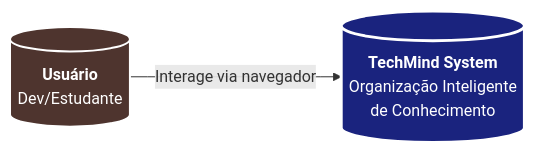
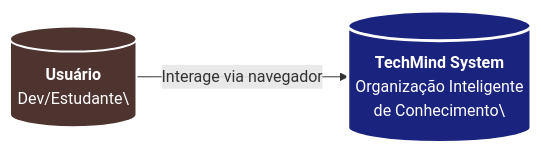
One commit to DessimA/tech-mind changed the first of 4 diagrams in docs/03-arquitetura.md. Above: the diagram before and after it, drawn with Mermaid. The commit also changed other lines of this file and 115 other files, not shown here.

````diff
--- a/docs/03-arquitetura.md
+++ b/docs/03-arquitetura.md
@@ -5,7 +5,7 @@
 ```mermaid
 flowchart LR
-    Usuario[("<b>Usuário</b><br/>Dev/Estudante")] -->|Interage via navegador| TM[("<b>TechMind System</b><br/>Organização Inteligente<br/>de Conhecimento")]
+    Usuario[("<b>Usuário</b><br/>Dev/Estudante\")] -->|Interage via navegador| TM[("<b>TechMind System</b><br/>Organização Inteligente<br/>de Conhecimento\")]
 
     style Usuario fill:#4E342E,color:#fff,stroke:#fff,stroke-width:2px
     style TM fill:#1A237E,color:#fff,stroke:#fff,stroke-width:3px
 ```
````
